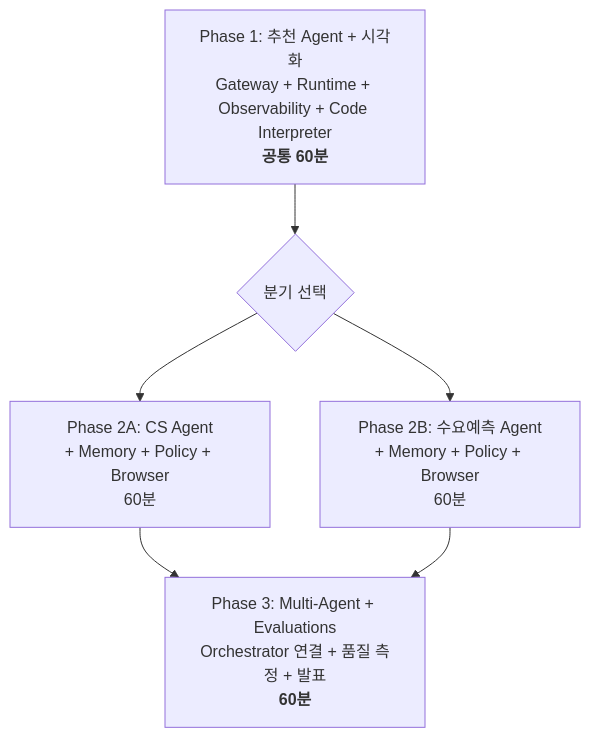
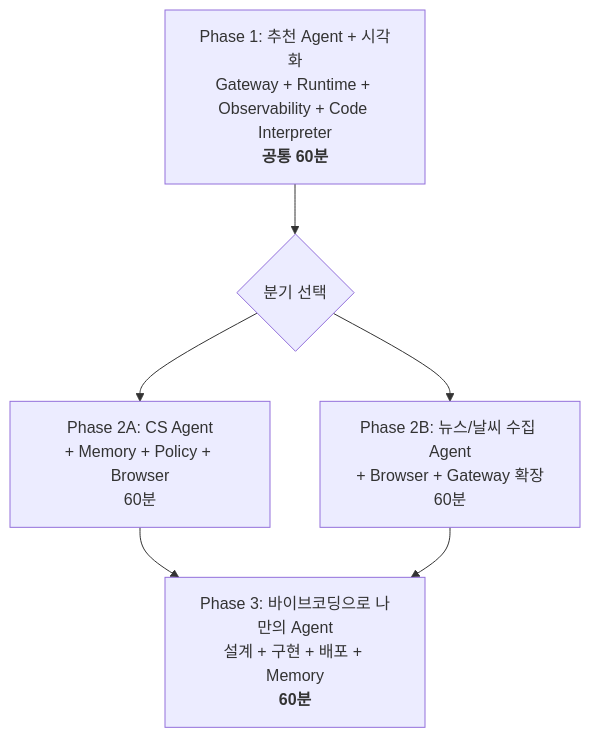
Before and after one commit to kjhyuok/rcg-agentcore-workshop-guide: the diagram in README.md, drawn with Mermaid. The commit also changed other lines of this file and 28 other files, not shown here.

````diff
--- a/README.md
+++ b/README.md
@@ -37,8 +35,8 @@
 ```mermaid
 graph TD
     A["Phase 1: 추천 Agent + 시각화<br/>Gateway + Runtime + Observability + Code Interpreter<br/><b>공통 60분</b>"] --> B{분기 선택}
     B --> C["Phase 2A: CS Agent<br/>+ Memory + Policy + Browser<br/>60분"]
-    B --> D["Phase 2B: 수요예측 Agent<br/>+ Memory + Policy + Browser<br/>60분"]
-    C --> E["Phase 3: Multi-Agent + Evaluations<br/>Orchestrator 연결 + 품질 측정 + 발표<br/><b>60분</b>"]
+    B --> D["Phase 2B: 뉴스/날씨 수집 Agent<br/>+ Browser + Gateway 확장<br/>60분"]
+    C --> E["Phase 3: 바이브코딩으로 나만의 Agent<br/>설계 + 구현 + 배포 + Memory<br/><b>60분</b>"]
     D --> E
 ```
````
